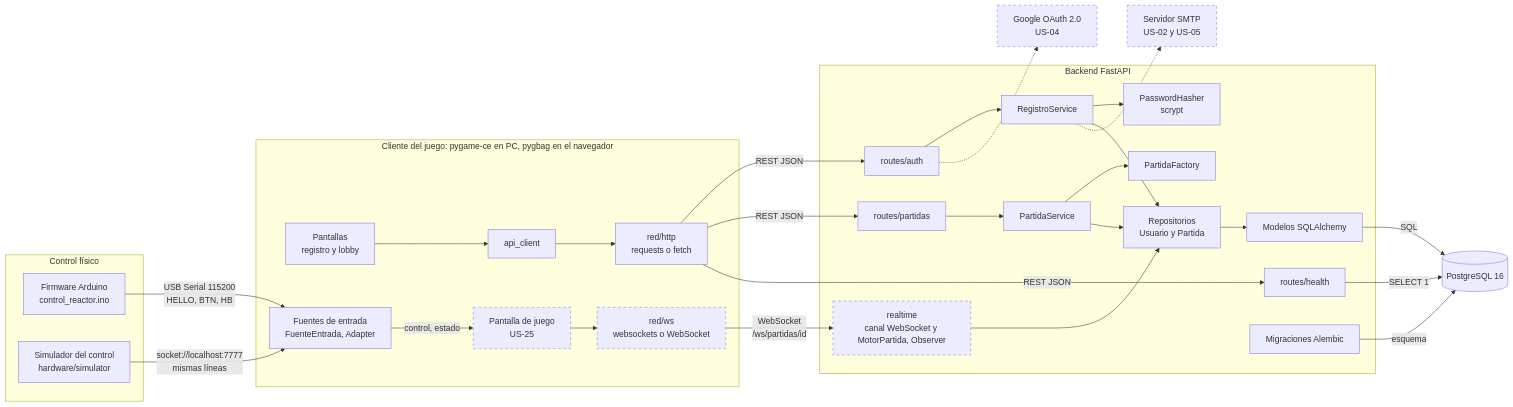
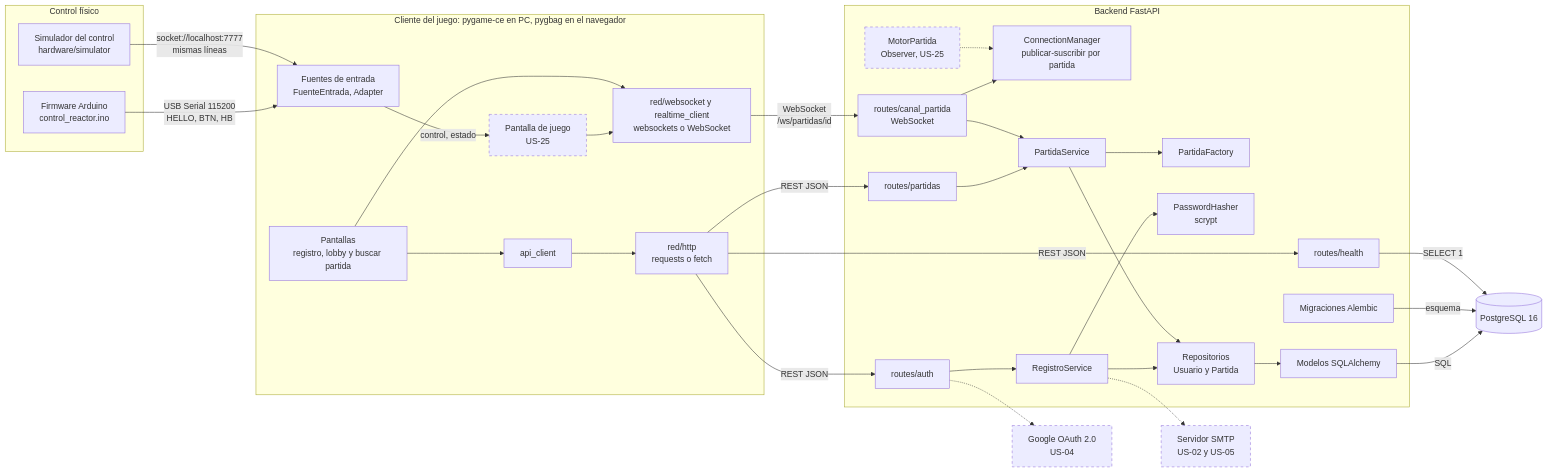
The diagram in docs/arquitectura/componentes.md (Fran0Li/Proyecto_Control_del_Reactor_Principios_Mod), drawn with Mermaid before and after one commit. The commit also changed other lines of this file, not shown here.

Commit message:
docs(arquitectura): componentes con el canal WebSocket de la partida (US-08) AB#79

````diff
--- a/docs/arquitectura/componentes.md
+++ b/docs/arquitectura/componentes.md
@@ -6,63 +6,68 @@
 ```mermaid
 flowchart LR
     subgraph HW["Control físico"]
         FW["Firmware Arduino<br/>control_reactor.ino"]
         SIM["Simulador del control<br/>hardware/simulator"]
     end
 
     subgraph CLI["Cliente del juego: pygame-ce en PC, pygbag en el navegador"]
-        PANT["Pantallas<br/>registro y lobby"]
+        PANT["Pantallas<br/>registro, lobby y buscar partida"]
         JUEGO["Pantalla de juego<br/>US-25"]:::plan
         ENT["Fuentes de entrada<br/>FuenteEntrada, Adapter"]
         APIC["api_client"]
         HTTP["red/http<br/>requests o fetch"]
-        WSC["red/ws<br/>websockets o WebSocket"]:::plan
+        WSC["red/websocket y realtime_client<br/>websockets o WebSocket"]
     end
 
     subgraph SRV["Backend FastAPI"]
         RAUTH["routes/auth"]
         RPART["routes/partidas"]
+        RCANAL["routes/canal_partida<br/>WebSocket"]
         RHEALTH["routes/health"]
-        RT["realtime<br/>canal WebSocket y MotorPartida, Observer"]:::plan
+        CM["ConnectionManager<br/>publicar-suscribir por partida"]
+        MOTOR["MotorPartida<br/>Observer, US-25"]:::plan
         SREG["RegistroService"]
         SPART["PartidaService"]
         FACT["PartidaFactory"]
         SEC["PasswordHasher<br/>scrypt"]
         REPO["Repositorios<br/>Usuario y Partida"]
         MOD["Modelos SQLAlchemy"]
         MIG["Migraciones Alembic"]
     end
 
     DB[("PostgreSQL 16")]
     GOOGLE["Google OAuth 2.0<br/>US-04"]:::plan
     SMTP["Servidor SMTP<br/>US-02 y US-05"]:::plan
 
     FW -- "USB Serial 115200<br/>HELLO, BTN, HB" --> ENT
     SIM -- "socket://localhost:7777<br/>mismas líneas" --> ENT
     ENT -- "control, estado" --> JUEGO
     PANT --> APIC
     APIC --> HTTP
     JUEGO --> WSC
+    PANT --> WSC
 
     HTTP -- "REST JSON" --> RAUTH
     HTTP -- "REST JSON" --> RPART
     HTTP -- "REST JSON" --> RHEALTH
-    WSC -- "WebSocket<br/>/ws/partidas/id" --> RT
+    WSC -- "WebSocket<br/>/ws/partidas/id" --> RCANAL
 
     RAUTH --> SREG
     RPART --> SPART
     SREG --> SEC
     SREG --> REPO
     SPART --> FACT
     SPART --> REPO
-    RT --> REPO
+    RCANAL --> SPART
+    RCANAL --> CM
+    MOTOR -.-> CM
     REPO --> MOD
     MOD -- "SQL" --> DB
     MIG -- "esquema" --> DB
     RHEALTH -- "SELECT 1" --> DB
 
     RAUTH -.-> GOOGLE
     SREG -.-> SMTP
 
     classDef plan stroke-dasharray: 5 5
 ```
````
